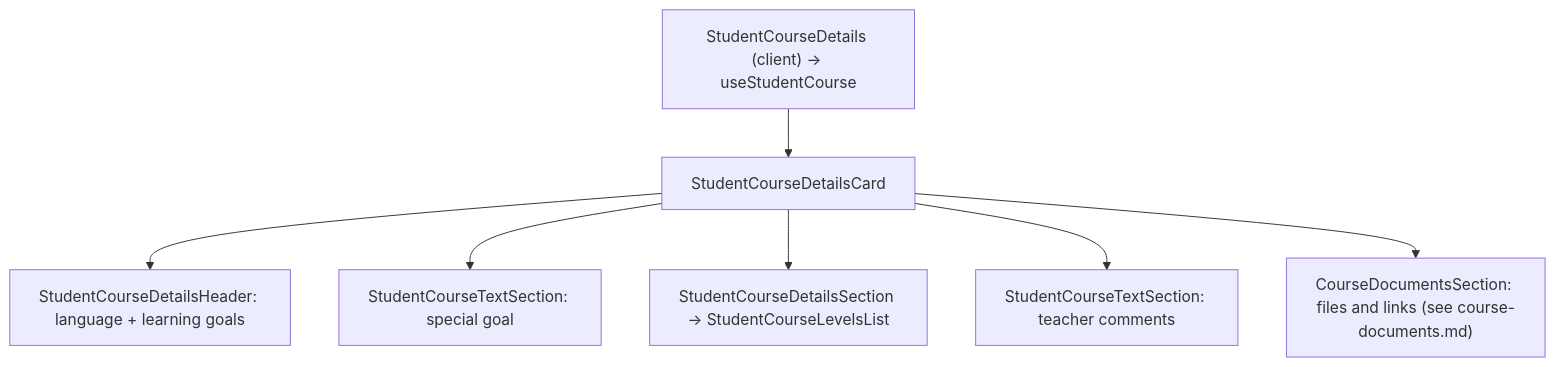
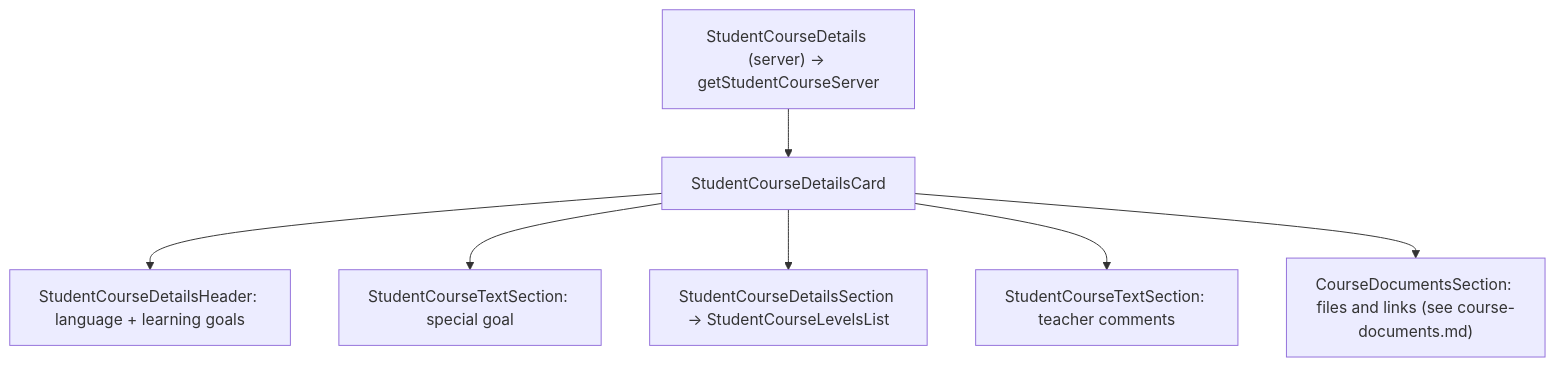
One commit to KaterynaKocheharova/Practice-app changed the fourth of 4 diagrams in front/src/docs/student-courses.md. Above: the diagram before and after it, drawn with Mermaid. The commit also changed other lines of this file and 178 other files, not shown here.

````diff
--- a/front/src/docs/student-courses.md
+++ b/front/src/docs/student-courses.md
@@ -94,9 +94,9 @@
 ```mermaid
 flowchart TD
-  Details["StudentCourseDetails (client) → useStudentCourse"] --> Card[StudentCourseDetailsCard]
+  Details["StudentCourseDetails (server) → getStudentCourseServer"] --> Card[StudentCourseDetailsCard]
   Card --> Header["StudentCourseDetailsHeader: language + learning goals"]
   Card --> Special["StudentCourseTextSection: special goal"]
   Card --> Levels["StudentCourseDetailsSection → StudentCourseLevelsList"]
   Card --> Comments["StudentCourseTextSection: teacher comments"]
   Card --> Documents["CourseDocumentsSection: files and links (see course-documents.md)"]
 ```
````
